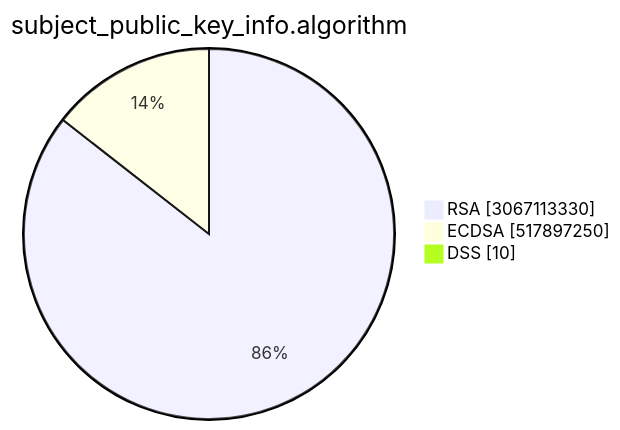
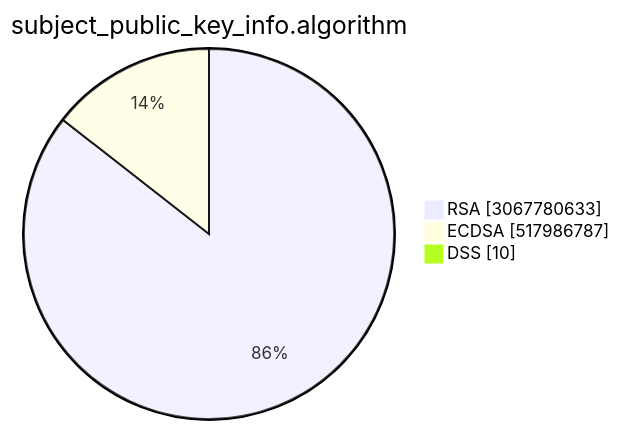
One commit to christiankrug/ctmonitor_visualization changed the second of 15 diagrams in TOTAL/README.md. Above: the diagram before and after it, drawn with Mermaid. The commit also changed other lines of this file, not shown here.

````diff
--- a/TOTAL/README.md
+++ b/TOTAL/README.md
@@ -6,7 +6,7 @@
 ```mermaid
 pie showData
 title subject_public_key_info.algorithm
-"RSA" :3067113330
-"ECDSA" :517897250
+"RSA" :3067780633
+"ECDSA" :517986787
 "DSS" :10
 ```
````
